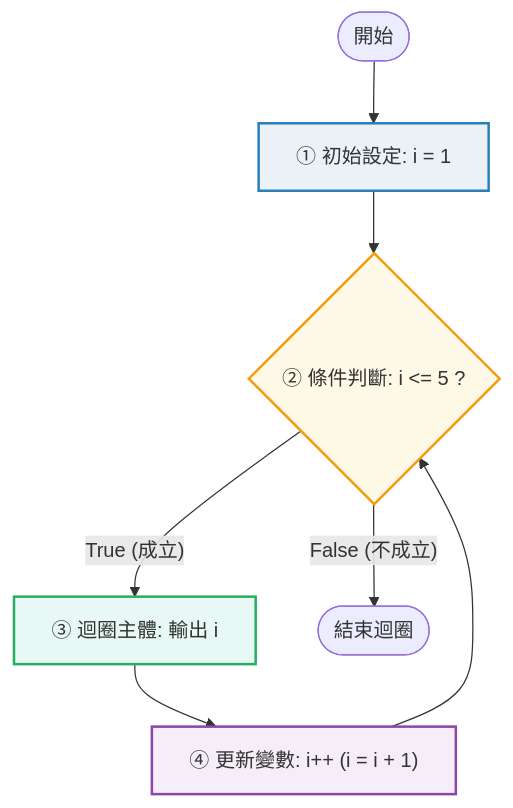
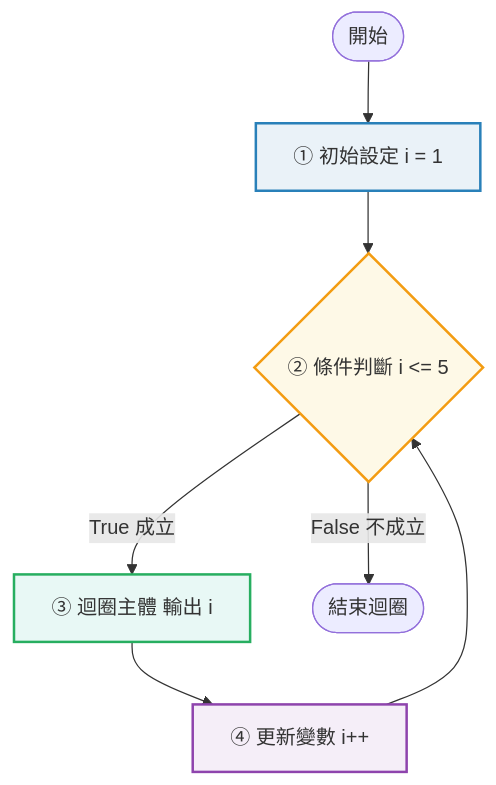
Before and after one commit to BossonYen/loop_5-1: the first of 4 diagrams in README.md, drawn with Mermaid. The commit also changed other lines of this file, not shown here.

```diff
--- a/README.md
+++ b/README.md
@@ -531,14 +513,14 @@
-                    <div class="mermaid">
-                        graph TD
-                            Start([開始]) --> Init["① 初始設定: i = 1"]
-                            Init --> Cond{"② 條件判斷: i <= 5 ?"}
-                            Cond -- "True (成立)" --> Body["③ 迴圈主體: 輸出 i"]
-                            Body --> Update["④ 更新變數: i++ (i = i + 1)"]
-                            Update --> Cond
-                            Cond -- "False (不成立)" --> End([結束迴圈])
-                            
-                            style Init fill:#eaf2f8,stroke:#2980b9,stroke-width:2px
-                            style Cond fill:#fef9e7,stroke:#f39c12,stroke-width:2px
-                            style Body fill:#e8f8f5,stroke:#27ae60,stroke-width:2px
-                            style Update fill:#f5eef8,stroke:#8e44ad,stroke-width:2px
+                    <div class="mermaid notranslate">
+flowchart TD
+    Start(["開始"]) --> Init["① 初始設定 i = 1"]
+    Init --> Cond{"② 條件判斷 i &lt;= 5"}
+    Cond -- "True 成立" --> Body["③ 迴圈主體 輸出 i"]
+    Body --> Update["④ 更新變數 i++"]
+    Update --> Cond
+    Cond -- "False 不成立" --> End(["結束迴圈"])
+
+    style Init fill:#eaf2f8,stroke:#2980b9,stroke-width:2px
+    style Cond fill:#fef9e7,stroke:#f39c12,stroke-width:2px
+    style Body fill:#e8f8f5,stroke:#27ae60,stroke-width:2px
+    style Update fill:#f5eef8,stroke:#8e44ad,stroke-width:2px
                     </div>
```
